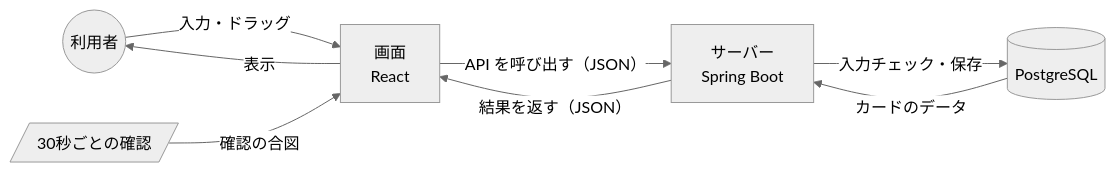
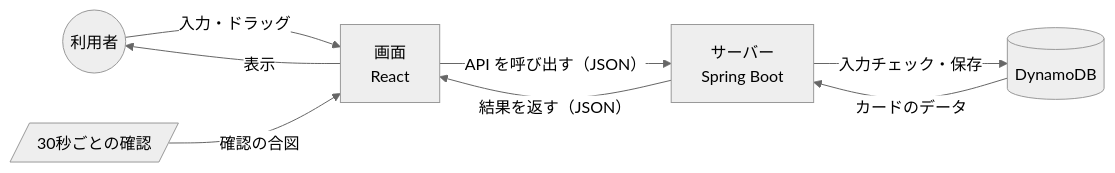
One commit to mk242329/taskmanagement changed the diagram in docs/design/data-flow.md. Above: the diagram before and after it, drawn with Mermaid (neutral theme). The commit also changed other lines of this file and 52 other files, not shown here.

````diff
--- a/docs/design/data-flow.md
+++ b/docs/design/data-flow.md
@@ -11,16 +12,16 @@
 ```mermaid
 flowchart LR
     User((利用者))
     Screen[画面<br>React]
     API[サーバー<br>Spring Boot]
-    DB[(PostgreSQL)]
+    DB[(DynamoDB)]
     Timer[/30秒ごとの確認/]
 
     User -- 入力・ドラッグ --> Screen
     Screen -- "API を呼び出す（JSON）" --> API
     API -- 入力チェック・保存 --> DB
     DB -- カードのデータ --> API
     API -- "結果を返す（JSON）" --> Screen
     Screen -- 表示 --> User
     Timer -- 確認の合図 --> Screen
 ```
````
